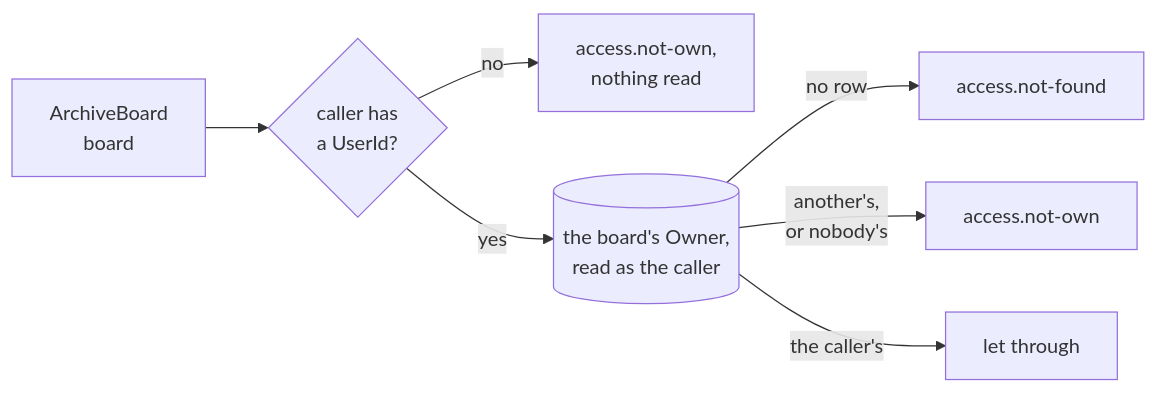
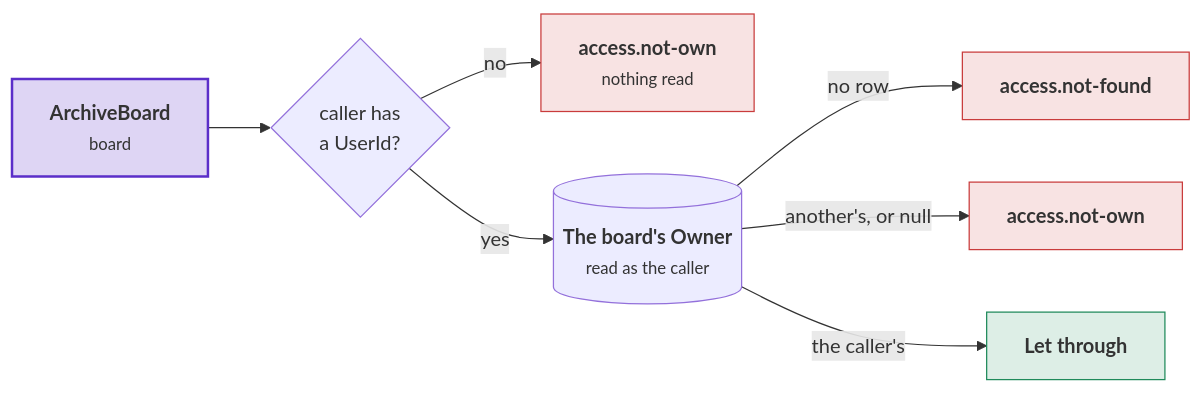
The fifth of 10 diagrams in docs/access-requirements.md (DylanSnel/DDDToolkit), drawn with Mermaid before and after one commit. The commit also changed other lines of this file and 41 other files, not shown here.

First line of the commit message:
Docs: plain prose, one word per concept, and readable diagrams on every page

````diff
--- a/docs/access-requirements.md
+++ b/docs/access-requirements.md
@@ -726,9 +812,15 @@
 ```mermaid
 flowchart LR
-    Sent["ArchiveBoard<br/>board"] --> Own{"caller has<br/>a UserId?"}
-    Own -- "no" --> NotOwn["access.not-own,<br/>nothing read"]
-    Own -- "yes" --> Read[("the board's Owner,<br/>read as the caller")]
-    Read -- "no row" --> NotFound["access.not-found"]
-    Read -- "another's,<br/>or nobody's" --> NotOwn2["access.not-own"]
-    Read -- "the caller's" --> Through["let through"]
+    Sent["<b>ArchiveBoard</b><br/><small>board</small>"] --> Own{"caller has<br/>a UserId?"}
+    Own -- "no" --> NotOwn["<b>access.not-own</b><br/><small>nothing read</small>"]
+    Own -- "yes" --> Read[("<b>The board's Owner</b><br/><small>read as the caller</small>")]
+    Read -- "no row" --> NotFound["<b>access.not-found</b>"]
+    Read -- "another's, or null" --> NotOwn2["<b>access.not-own</b>"]
+    Read -- "the caller's" --> Through["<b>Let through</b>"]
+    classDef strong fill:#5b2ec933,stroke:#5b2ec9,stroke-width:2px
+    classDef good fill:#1f8a5b26,stroke:#1f8a5b
+    classDef bad fill:#c93c3c24,stroke:#c93c3c
+    class Sent strong
+    class Through good
+    class NotOwn,NotFound,NotOwn2 bad
 ```
````
